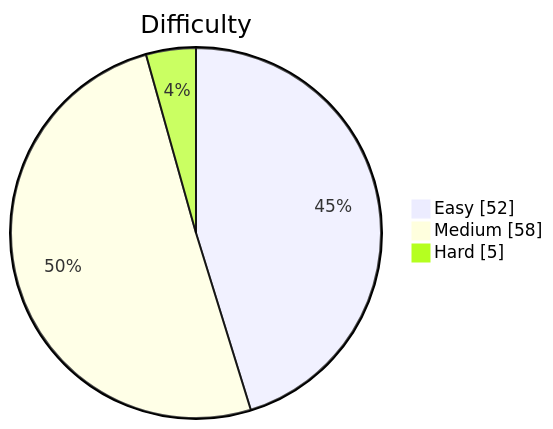
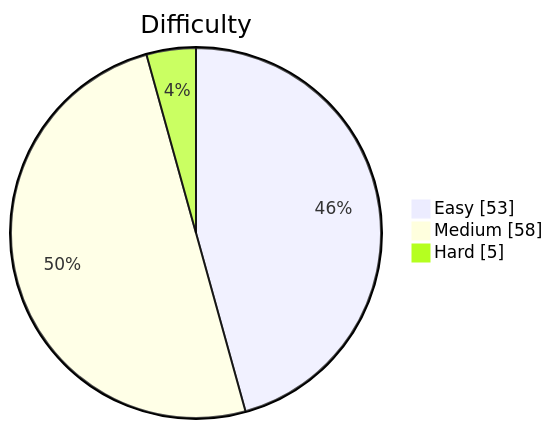
The diagram in README.md (kevstevie/python-algo-practice), drawn with Mermaid before and after one commit. The commit also changed other lines of this file, not shown here.

````diff
--- a/README.md
+++ b/README.md
@@ -13,7 +13,7 @@
 ```mermaid
 pie showData
     title Difficulty
-    "Easy"   : 52
+    "Easy"   : 53
     "Medium" : 58
     "Hard"   : 5
 ```
````
